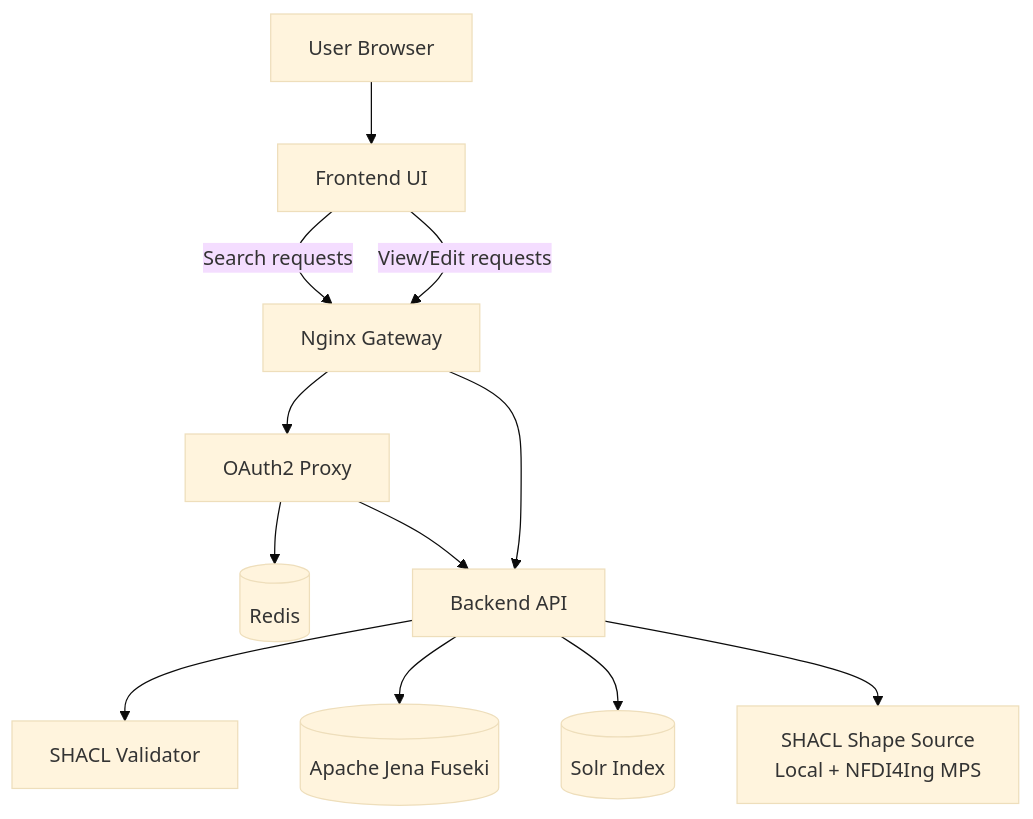
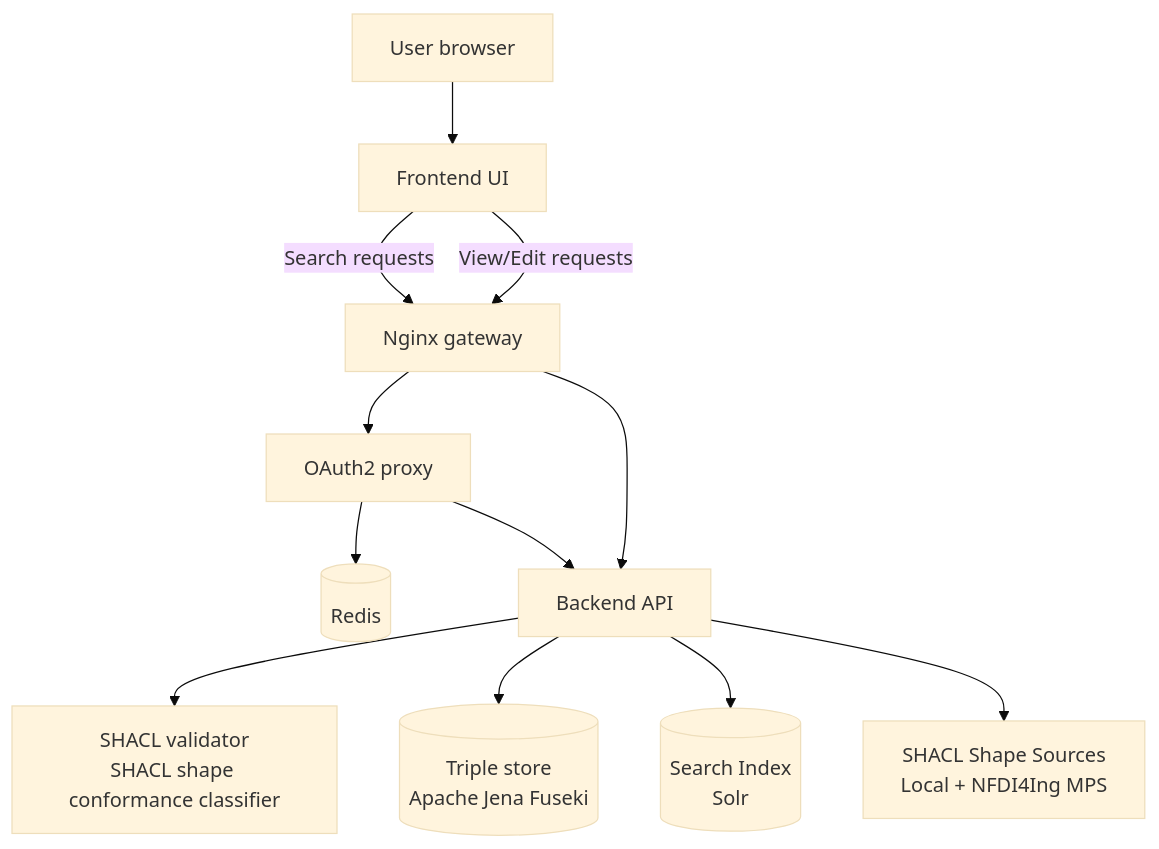
Before and after one commit to ULB-Darmstadt/rdf-store: the diagram in README.md, drawn with Mermaid (base theme).

````diff
--- a/README.md
+++ b/README.md
@@ -64,25 +64,25 @@
 ```mermaid
 flowchart TB
-    User[User Browser]
+    User[User browser]
     Frontend[Frontend UI]
-    Gateway[Nginx Gateway]
-    OAuth[OAuth2 Proxy]
+    Gateway[Nginx gateway]
+    OAuth[OAuth2 proxy]
     Redis[(Redis)]
     App[Backend API]
-    Validator[SHACL Validator]
-    Fuseki[(Apache Jena Fuseki)]
-    Solr[(Solr Index)]
-    Profiles[SHACL Shape Source<br/>Local + NFDI4Ing MPS]
+    Validator[SHACL validator<br/>SHACL shape conformance classifier]
+    Fuseki[(Triple store<br/>Apache Jena Fuseki)]
+    Solr[(Search Index<br/>Solr)]
+    Profiles[SHACL Shape Sources<br/>Local + NFDI4Ing MPS]
 
     User --> Frontend
     Frontend -->|Search requests| Gateway
     Frontend -->|View/Edit requests| Gateway
     Gateway --> OAuth
     OAuth --> Redis
     OAuth --> App
     Gateway --> App
     App --> Validator
     App --> Fuseki
     App --> Solr
     App --> Profiles
 ```
````
